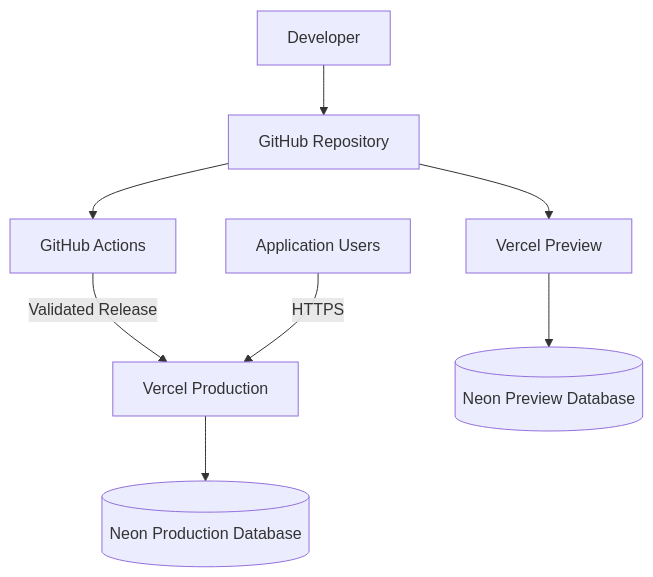
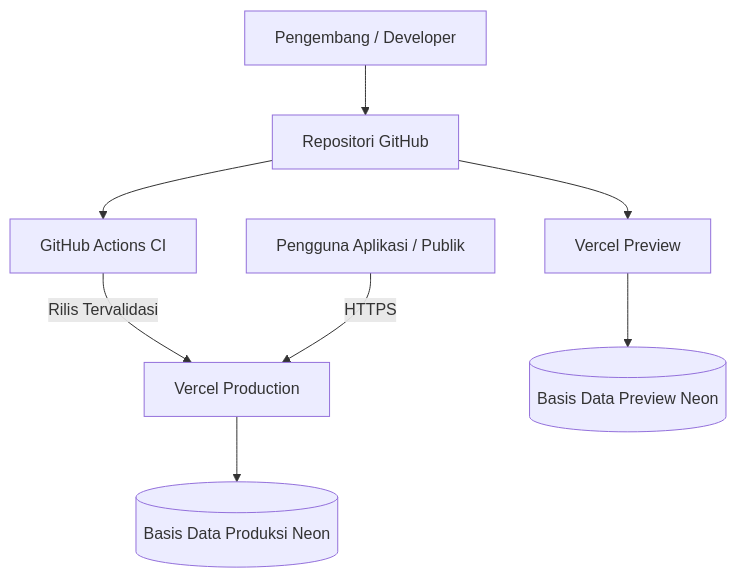
Before and after one commit to ZyxxBoy/cashierflow: the seventh of 10 diagrams in docs/architecture.md, drawn with Mermaid. The commit also changed other lines of this file and 7 other files, not shown here.

````diff
--- a/docs/architecture.md
+++ b/docs/architecture.md
@@ -659,19 +622,19 @@
 ```mermaid
 flowchart TD
-    DEV[Developer]
-    GITHUB[GitHub Repository]
-    CI[GitHub Actions]
+    DEV[Pengembang / Developer]
+    GITHUB[Repositori GitHub]
+    CI[GitHub Actions CI]
     PREVIEW[Vercel Preview]
     PROD[Vercel Production]
-    PREVIEW_DB[(Neon Preview Database)]
-    PROD_DB[(Neon Production Database)]
-    USERS[Application Users]
+    PREVIEW_DB[(Basis Data Preview Neon)]
+    PROD_DB[(Basis Data Produksi Neon)]
+    USERS[Pengguna Aplikasi / Publik]
 
     DEV --> GITHUB
     GITHUB --> CI
     GITHUB --> PREVIEW
-    CI -->|Validated Release| PROD
+    CI -->|Rilis Tervalidasi| PROD
     PREVIEW --> PREVIEW_DB
     PROD --> PROD_DB
     USERS -->|HTTPS| PROD
 ```
````
